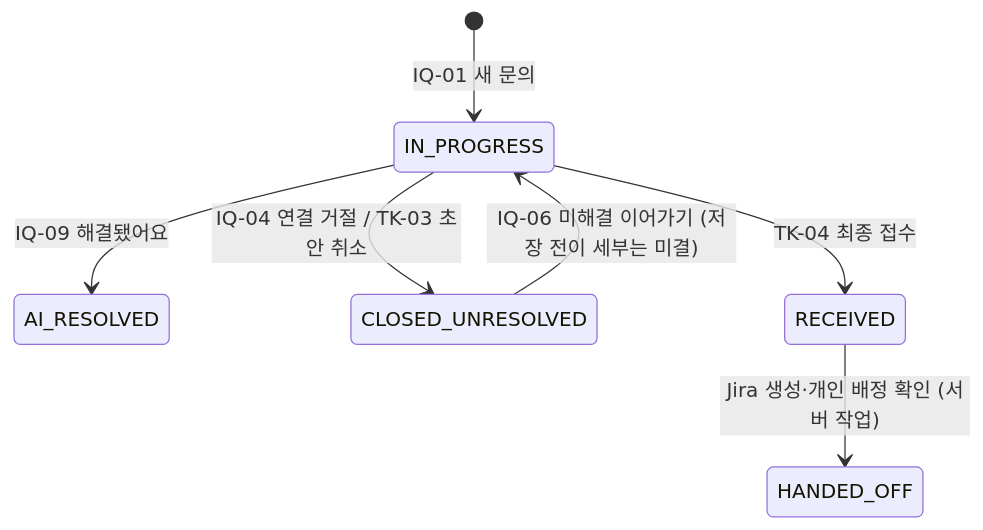
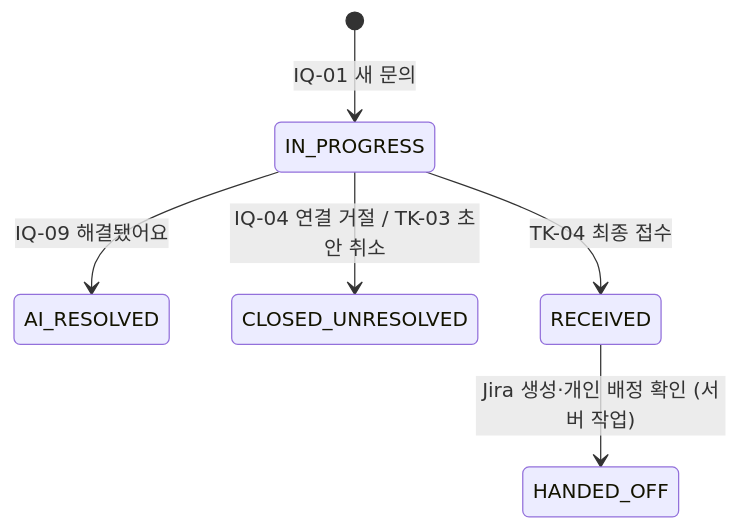
One commit to issue-helpdesk/issue-helpdesk changed the diagram in docs/api/02.문의_상담.md. Above: the diagram before and after it, drawn with Mermaid. The commit also changed other lines of this file and 14 other files, not shown here.

````diff
--- a/docs/api/02.문의_상담.md
+++ b/docs/api/02.문의_상담.md
@@ -34,9 +33,8 @@
 ```mermaid
 stateDiagram-v2
     [*] --> IN_PROGRESS: IQ-01 새 문의
     IN_PROGRESS --> AI_RESOLVED: IQ-09 해결됐어요
     IN_PROGRESS --> CLOSED_UNRESOLVED: IQ-04 연결 거절 / TK-03 초안 취소
     IN_PROGRESS --> RECEIVED: TK-04 최종 접수
     RECEIVED --> HANDED_OFF: Jira 생성·개인 배정 확인 (서버 작업)
-    CLOSED_UNRESOLVED --> IN_PROGRESS: IQ-06 미해결 이어가기 (저장 전이 세부는 미결)
 ```
````
